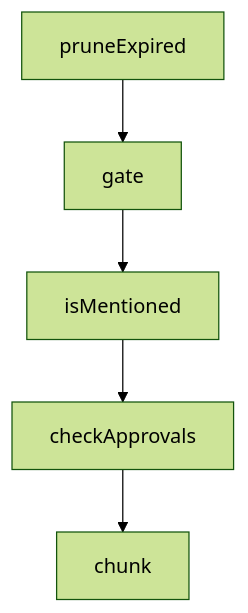
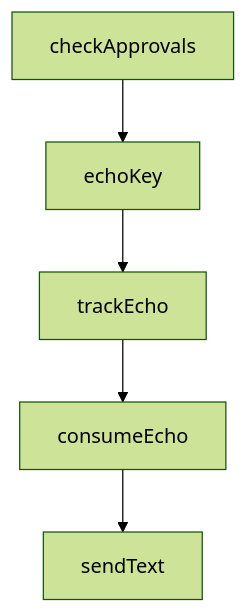
Before and after one commit to johnxie/awesome-code-docs: the diagram in tutorials/claude-plugins-official-tutorial/06-installation-operations-and-update-strategy.md, drawn with Mermaid (forest theme). The commit also changed other lines of this file and 1232 other files, not shown here.

````diff
--- a/tutorials/claude-plugins-official-tutorial/06-installation-operations-and-update-strategy.md
+++ b/tutorials/claude-plugins-official-tutorial/06-installation-operations-and-update-strategy.md
@@ -219,12 +217,12 @@
 ```mermaid
 flowchart TD
-    A[pruneExpired]
-    B[gate]
-    C[isMentioned]
-    D[checkApprovals]
-    E[chunk]
+    A[checkApprovals]
+    B[echoKey]
+    C[trackEcho]
+    D[consumeEcho]
+    E[sendText]
     A --> B
     B --> C
     C --> D
     D --> E
 ```
````
